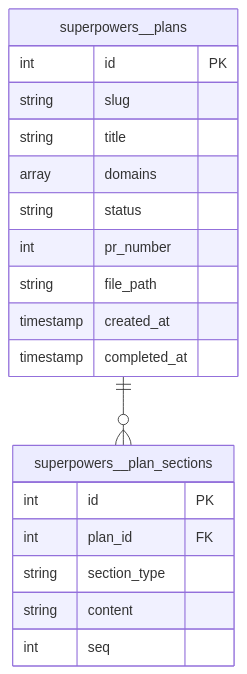
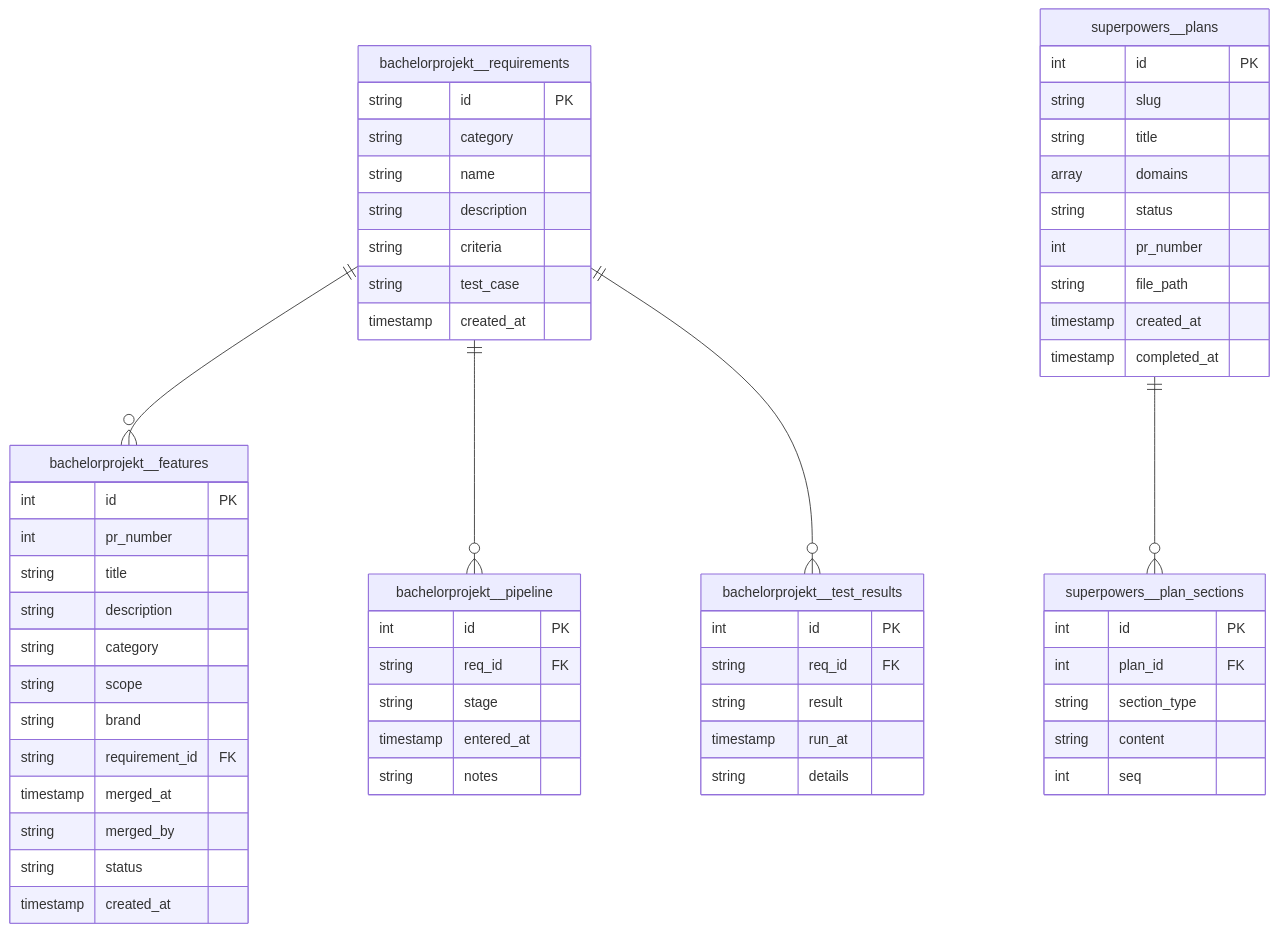
Before and after one commit to Paddione/Bachelorprojekt: the eighth of 8 diagrams in docs/db-schema-diagram.md, drawn with Mermaid. The commit also changed other lines of this file and 2 other files, not shown here.

Commit message:
feat(db): use kubectl-exec mode for reliable multi-db diagram generation
Port-forward drops after the first psql session closes, causing the
postgres/bachelorprojekt schema to be skipped. Switch to kubectl exec
which runs psql inside the pod directly, avoiding TCP tunnel issues.

Also removes the port-forward lifecycle from the Taskfile task (no
background process to manage).

````diff
--- a/docs/db-schema-diagram.md
+++ b/docs/db-schema-diagram.md
@@ -936,22 +936,62 @@
 ```mermaid
 erDiagram
+  bachelorprojekt__features {
+    int id PK
+    int pr_number
+    string title
+    string description
+    string category
+    string scope
+    string brand
+    string requirement_id FK
+    timestamp merged_at
+    string merged_by
+    string status
+    timestamp created_at
+  }
+  bachelorprojekt__pipeline {
+    int id PK
+    string req_id FK
+    string stage
+    timestamp entered_at
+    string notes
+  }
+  bachelorprojekt__requirements {
+    string id PK
+    string category
+    string name
+    string description
+    string criteria
+    string test_case
+    timestamp created_at
+  }
+  bachelorprojekt__test_results {
+    int id PK
+    string req_id FK
+    string result
+    timestamp run_at
+    string details
+  }
   superpowers__plan_sections {
     int id PK
     int plan_id FK
     string section_type
     string content
     int seq
   }
   superpowers__plans {
     int id PK
     string slug
     string title
     array domains
     string status
     int pr_number
     string file_path
     timestamp created_at
     timestamp completed_at
   }
   superpowers__plans ||--o{ superpowers__plan_sections : ""
+  bachelorprojekt__requirements ||--o{ bachelorprojekt__features : ""
+  bachelorprojekt__requirements ||--o{ bachelorprojekt__pipeline : ""
+  bachelorprojekt__requirements ||--o{ bachelorprojekt__test_results : ""
 ```
````
